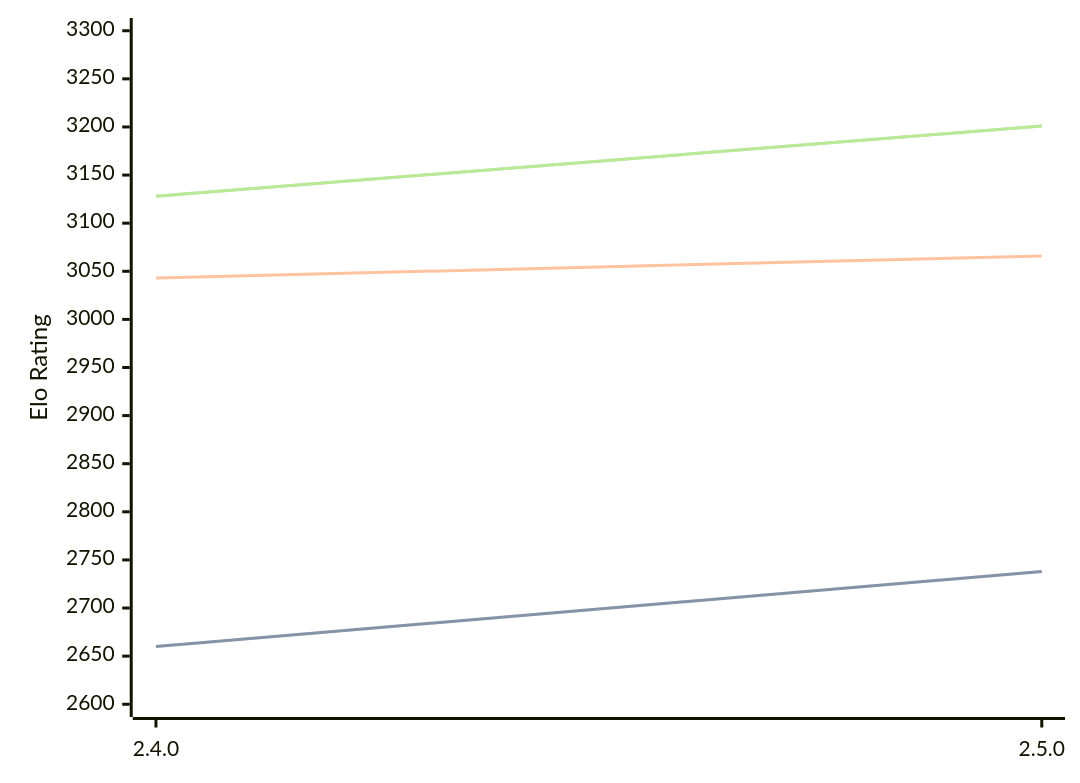
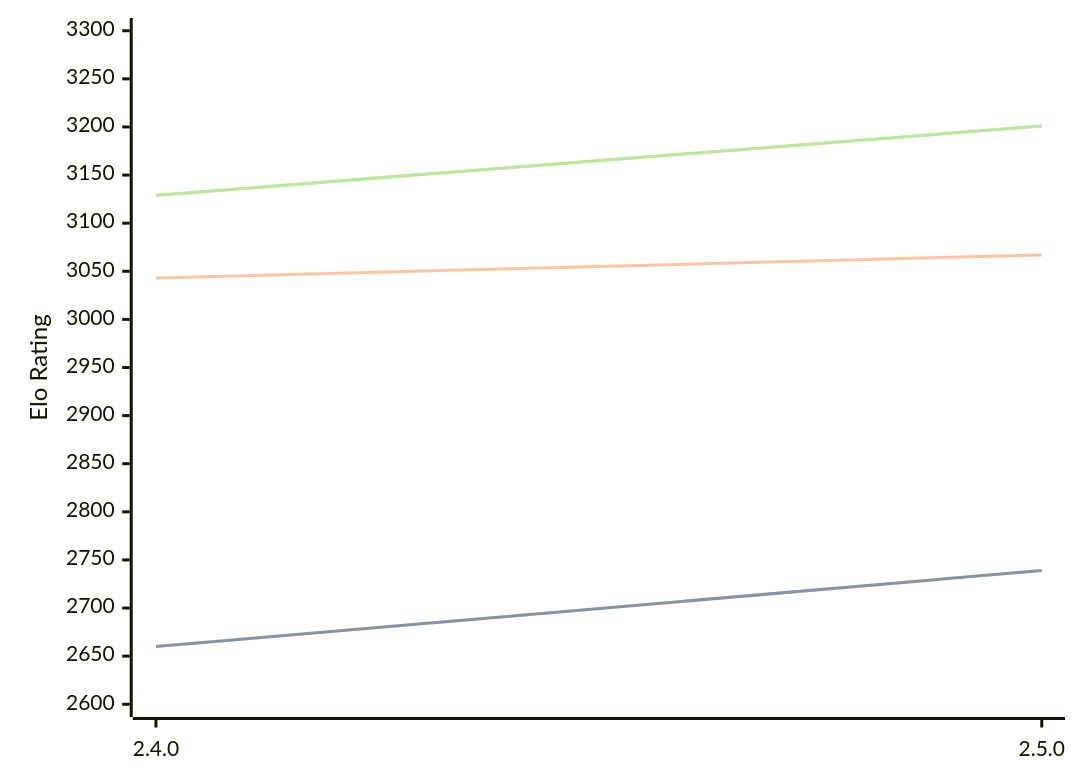
The diagram in engines/Sturddle2.md (computer-chess-index/cci), drawn with Mermaid before and after one commit. The commit also changed other lines of this file, not shown here.

Commit message:
Update CCI Ratings (ELO VLTC) - 2026-04-24

````diff
--- a/engines/Sturddle2.md
+++ b/engines/Sturddle2.md
@@ -37,11 +37,11 @@
 ```mermaid
 %%{init: {"theme":"base","themeVariables":{"seriesColors:['#a3a3a3','#222221','#faa371']}}}%%
 xychart-beta
   x-axis ["2.4.0", "2.5.0"]
   y-axis "Elo Rating" 2600 --> 3300
-  line "STC (8.0+0.08s)" [2660, 2738]
-  line "STC (8.0+0.08s)" [2660, 2738]
-  line "LTC (60.0+0.60s)" [3043, 3066]
-  line "VLTC (2m24s+1.12s)" [3128, 3201]
-  line "VLTC (2m24s+1.12s)" [3128, 3201]
+  line "STC (8.0+0.08s)" [2660, 2739]
+  line "STC (8.0+0.08s)" [2660, 2739]
+  line "LTC (60.0+0.60s)" [3043, 3067]
+  line "VLTC (2m24s+1.12s)" [3129, 3201]
+  line "VLTC (2m24s+1.12s)" [3129, 3201]
 ```
````
